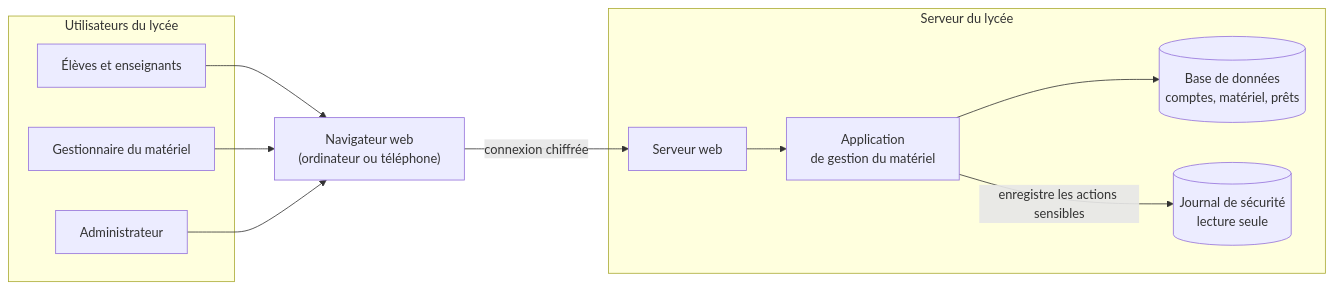
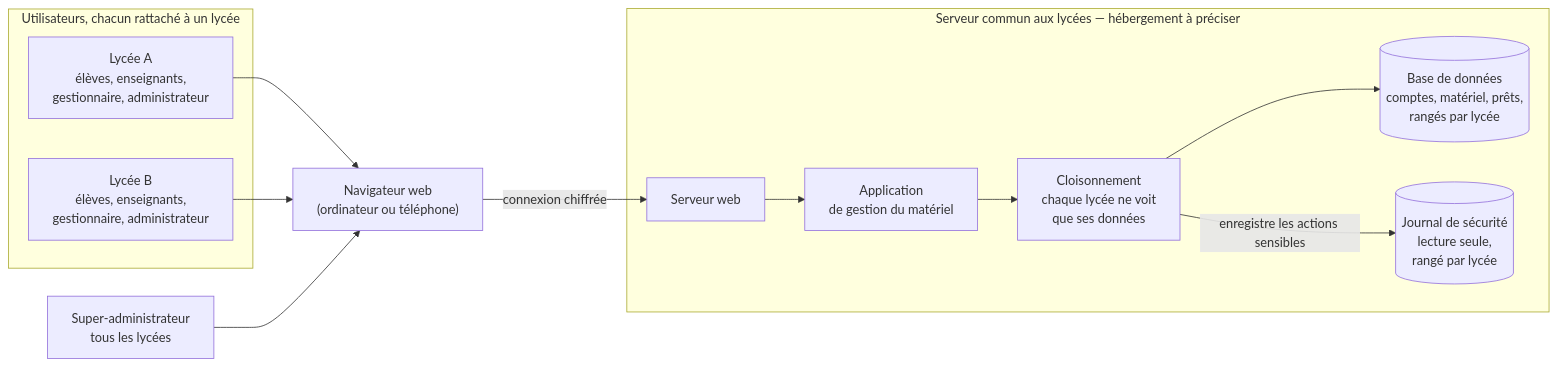
Before and after one commit to samucombari-lgtm/gestion_materiel: the first of 2 diagrams in docs/architecture.md, drawn with Mermaid. The commit also changed other lines of this file and 4 other files, not shown here.

````diff
--- a/docs/architecture.md
+++ b/docs/architecture.md
@@ -16,25 +16,28 @@
 ```mermaid
 flowchart LR
-    subgraph Utilisateurs["Utilisateurs du lycée"]
-        ELEVE["Élèves et enseignants"]
-        GEST["Gestionnaire du matériel"]
-        ADMIN["Administrateur"]
+    subgraph Lycees["Utilisateurs, chacun rattaché à un lycée"]
+        LYA["Lycée A<br/>élèves, enseignants,<br/>gestionnaire, administrateur"]
+        LYB["Lycée B<br/>élèves, enseignants,<br/>gestionnaire, administrateur"]
     end
+
+    SUPER["Super-administrateur<br/>tous les lycées"]
 
     NAV["Navigateur web<br/>(ordinateur ou téléphone)"]
 
-    subgraph Serveur["Serveur du lycée"]
+    subgraph Serveur["Serveur commun aux lycées — hébergement à préciser"]
         WEB["Serveur web"]
         APP["Application<br/>de gestion du matériel"]
-        BDD[("Base de données<br/>comptes, matériel, prêts")]
-        JOURNAL[("Journal de sécurité<br/>lecture seule")]
+        CLOISON["Cloisonnement<br/>chaque lycée ne voit<br/>que ses données"]
+        BDD[("Base de données<br/>comptes, matériel, prêts,<br/>rangés par lycée")]
+        JOURNAL[("Journal de sécurité<br/>lecture seule,<br/>rangé par lycée")]
     end
 
-    ELEVE --> NAV
-    GEST --> NAV
-    ADMIN --> NAV
+    LYA --> NAV
+    LYB --> NAV
+    SUPER --> NAV
     NAV -- "connexion chiffrée" --> WEB
     WEB --> APP
-    APP --> BDD
-    APP -- "enregistre les actions sensibles" --> JOURNAL
+    APP --> CLOISON
+    CLOISON --> BDD
+    CLOISON -- "enregistre les actions sensibles" --> JOURNAL
 ```
````
